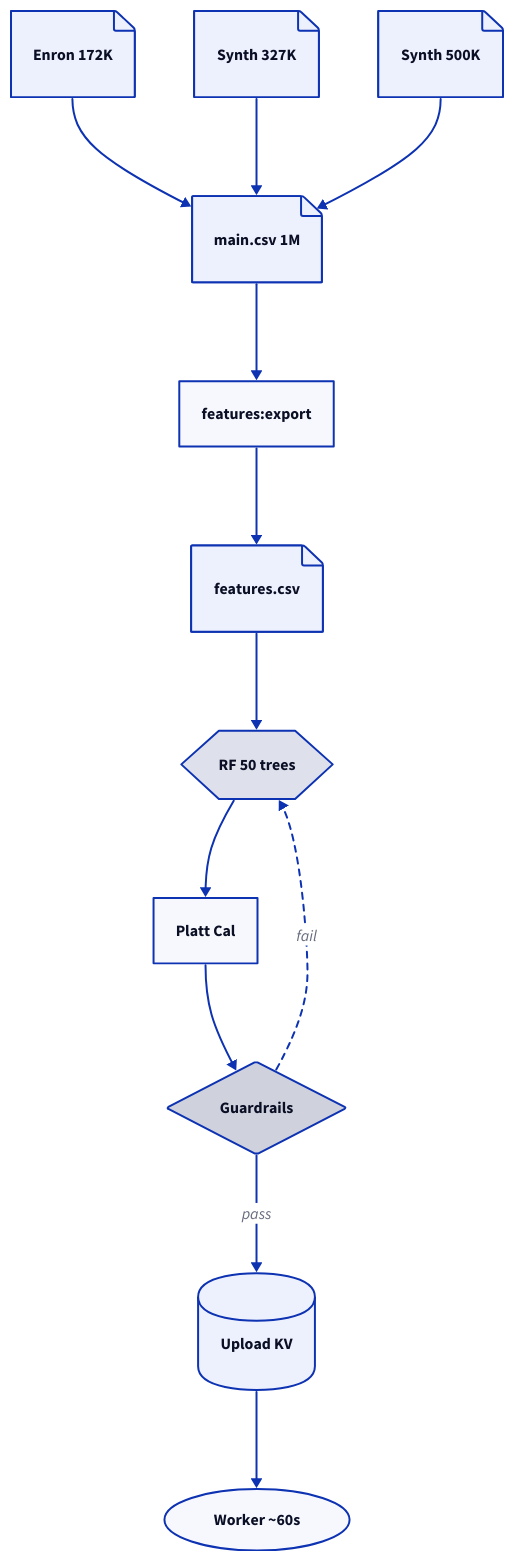
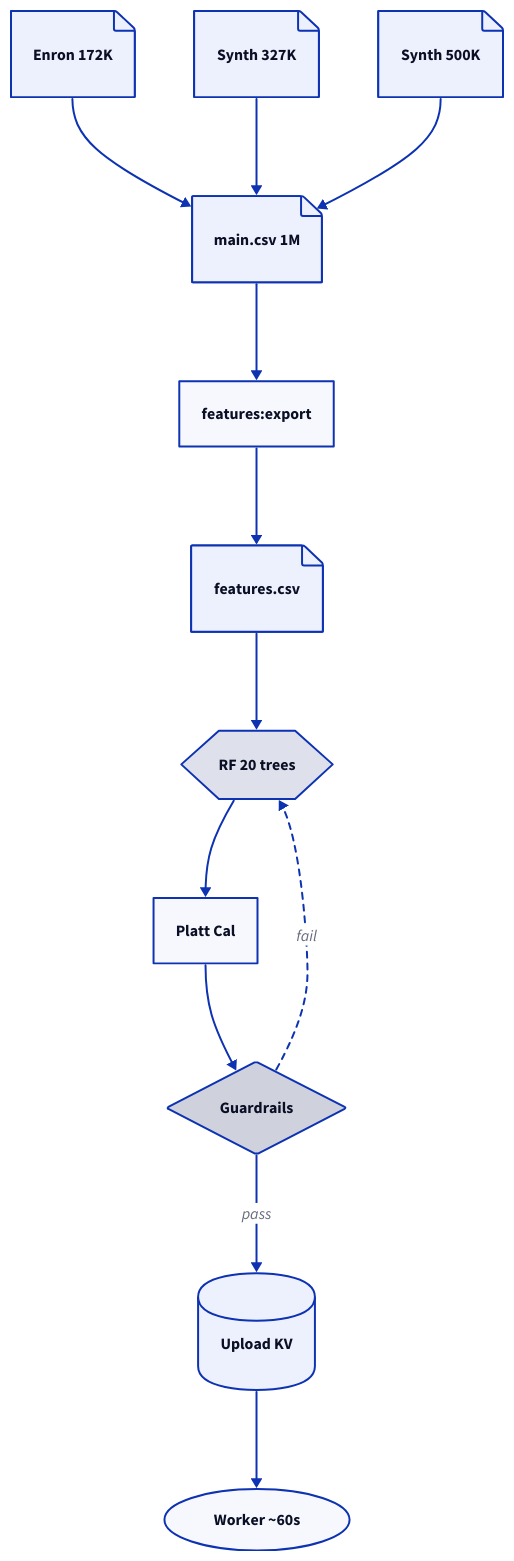
One commit to erfianugrah/lexicanum changed the sixth of 6 diagrams in src/content/docs/reference/homebrew-fraud-detection.mdx. Above: the diagram before and after it, drawn with D2. The commit also changed other lines of this file, not shown here.

````diff
--- a/src/content/docs/reference/homebrew-fraud-detection.mdx
+++ b/src/content/docs/reference/homebrew-fraud-detection.mdx
@@ -1178,24 +1232,24 @@
 ```d2
 direction: down
 
 Enron -> CSV: ""
 SynthL -> CSV: ""
 SynthF -> CSV: ""
 CSV -> Export -> Feats -> Train: ""
 Train -> Cal -> Guard: ""
 Guard -> KV: pass
 Guard -> Train: fail {style.stroke-dash: 3}
 KV -> Worker: ""
 
 Enron: Enron 172K {shape: page}
 SynthL: Synth 327K {shape: page}
 SynthF: Synth 500K {shape: page}
 CSV: main.csv 1M {shape: page}
 Export: features:export
 Feats: features.csv {shape: page}
-Train: RF 50 trees {shape: hexagon}
+Train: RF 20 trees {shape: hexagon}
 Cal: Platt Cal
 Guard: Guardrails {shape: diamond}
 KV: Upload KV {shape: cylinder}
 Worker: Worker ~60s {shape: oval}
 ```
````
